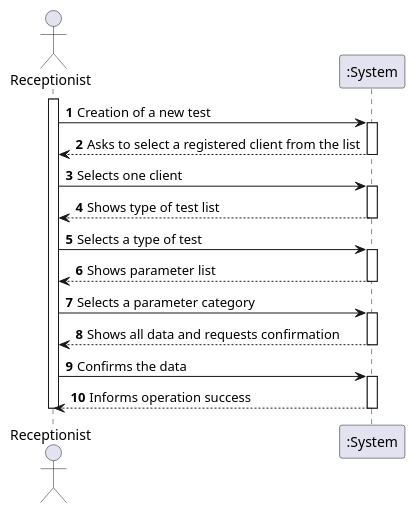
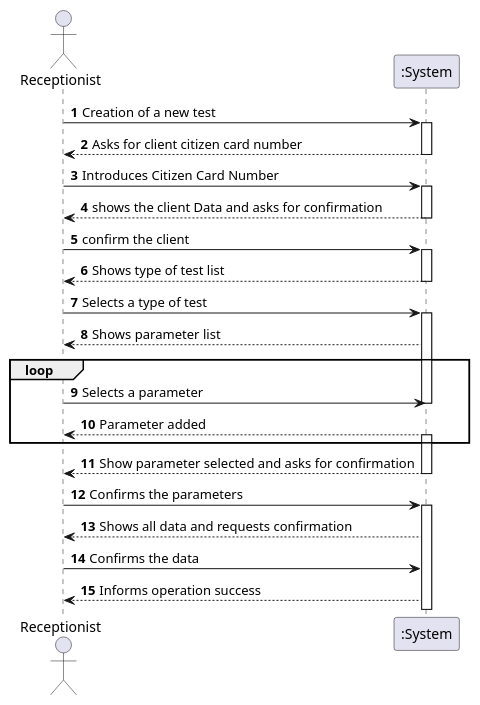
One commit to GuilhermeCunha79/lapr2 changed the diagram in docs/SprintC/US4/UC4_SSD.puml. Above: the diagram before and after it, drawn with PlantUML. The commit also changed 5 other files, not shown here.

```diff
--- a/docs/SprintC/US4/UC4_SSD.puml
+++ b/docs/SprintC/US4/UC4_SSD.puml
@@ -1,31 +1,39 @@
 @startuml
 autonumber
 actor "Receptionist" as RE
 
-activate RE
+
 RE -> ":System" : Creation of a new test
 activate ":System"
-":System" --> RE : Asks to select a registered client from the list
+":System" --> RE : Asks for client citizen card number
 deactivate ":System"
-RE -> ":System" : Selects one client
+RE -> ":System" : Introduces Citizen Card Number
+activate ":System"
+":System" --> RE : shows the client Data and asks for confirmation
+deactivate ":System"
+RE -> ":System" : confirm the client
 activate ":System"
 ":System" --> RE : Shows type of test list
+
 deactivate ":System"
 RE -> ":System" : Selects a type of test
 activate ":System"
 ":System" --> RE : Shows parameter list
-
+loop
+RE -> ":System" : Selects a parameter
 deactivate ":System"
-RE -> ":System" : Selects a parameter category
+":System" --> RE : Parameter added
 activate ":System"
-
-":System" --> RE : Shows all data and requests confirmation
-deactivate ":System"
-RE -> ":System" : Confirms the data
-activate ":System"
-":System" --> RE : Informs operation success
+end
+":System" --> RE : Show parameter selected and asks for confirmation
 deactivate ":System"
 
-deactivate RE
+
+
+RE -> ":System" : Confirms the parameters
+activate ":System"
+":System" --> RE : Shows all data and requests confirmation
+RE -> ":System" : Confirms the data
+":System" --> RE : Informs operation success
 
 @enduml
```
